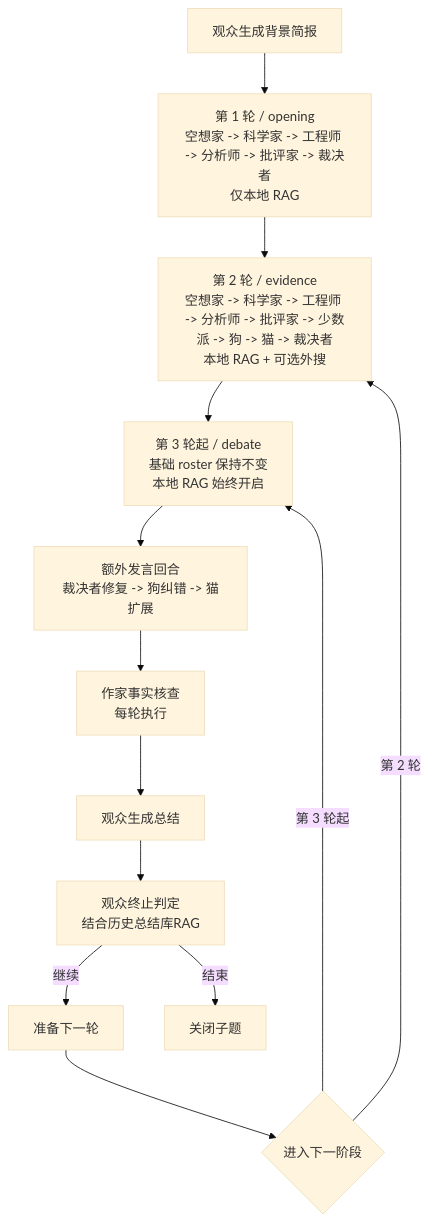
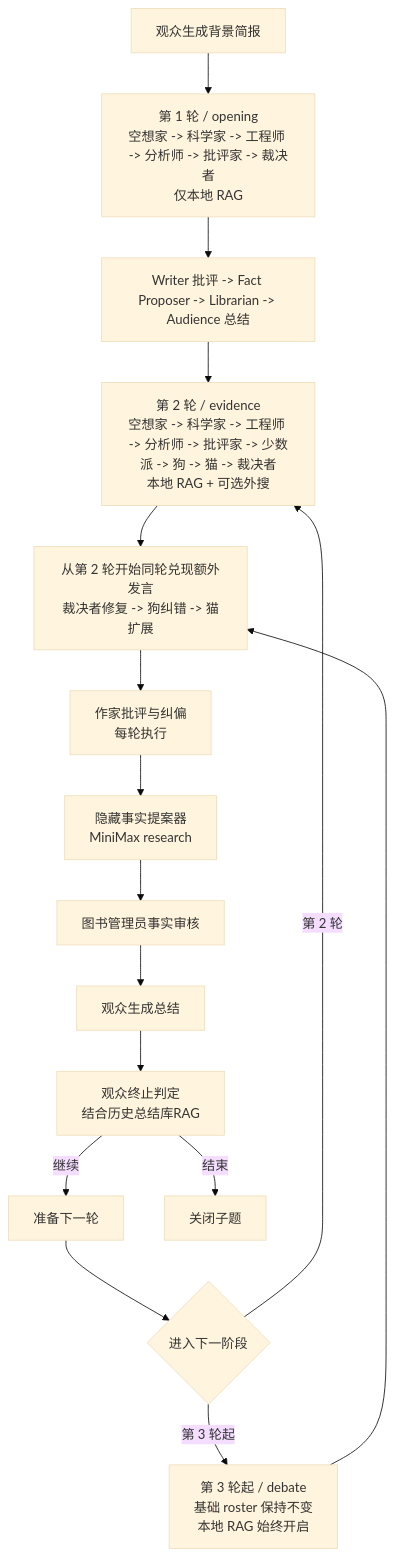
One commit to G-R-O-X/Grox_chat changed the second of 2 diagrams in README_CN.md. Above: the diagram before and after it, drawn with Mermaid (base theme). The commit also changed other lines of this file and 3 other files, not shown here.

````diff
--- a/README_CN.md
+++ b/README_CN.md
@@ -46,15 +56,18 @@
 ```mermaid
 flowchart TD
     Grounding[观众生成背景简报] --> Opening[第 1 轮 / opening<br/>空想家 -> 科学家 -> 工程师 -> 分析师 -> 批评家 -> 裁决者<br/>仅本地 RAG]
-    Opening --> Evidence[第 2 轮 / evidence<br/>空想家 -> 科学家 -> 工程师 -> 分析师 -> 批评家 -> 少数派 -> 狗 -> 猫 -> 裁决者<br/>本地 RAG + 可选外搜]
-    Evidence --> Debate[第 3 轮起 / debate<br/>基础 roster 保持不变<br/>本地 RAG 始终开启]
-    Debate --> Extra[额外发言回合<br/>裁决者修复 -> 狗纠错 -> 猫扩展]
-    Extra --> Writer[作家事实核查<br/>每轮执行]
-    Writer --> Summary[观众生成总结]
+    Opening --> RoundEnd1[Writer 批评 -> Fact Proposer -> Librarian -> Audience 总结]
+    RoundEnd1 --> Evidence[第 2 轮 / evidence<br/>空想家 -> 科学家 -> 工程师 -> 分析师 -> 批评家 -> 少数派 -> 狗 -> 猫 -> 裁决者<br/>本地 RAG + 可选外搜]
+    Evidence --> Extra[从第 2 轮开始同轮兑现额外发言<br/>裁决者修复 -> 狗纠错 -> 猫扩展]
+    Debate[第 3 轮起 / debate<br/>基础 roster 保持不变<br/>本地 RAG 始终开启] --> Extra
+    Extra --> Writer[作家批评与纠偏<br/>每轮执行]
+    Writer --> Proposer[隐藏事实提案器<br/>MiniMax research]
+    Proposer --> Librarian[图书管理员事实审核]
+    Librarian --> Summary[观众生成总结]
     Summary --> Eval[观众终止判定<br/>结合历史总结库RAG]
     Eval -->|继续| Next[准备下一轮]
     Next --> PhaseShift{进入下一阶段}
     PhaseShift -->|第 2 轮| Evidence
     PhaseShift -->|第 3 轮起| Debate
     Eval -->|结束| End[关闭子题]
 ```
````
